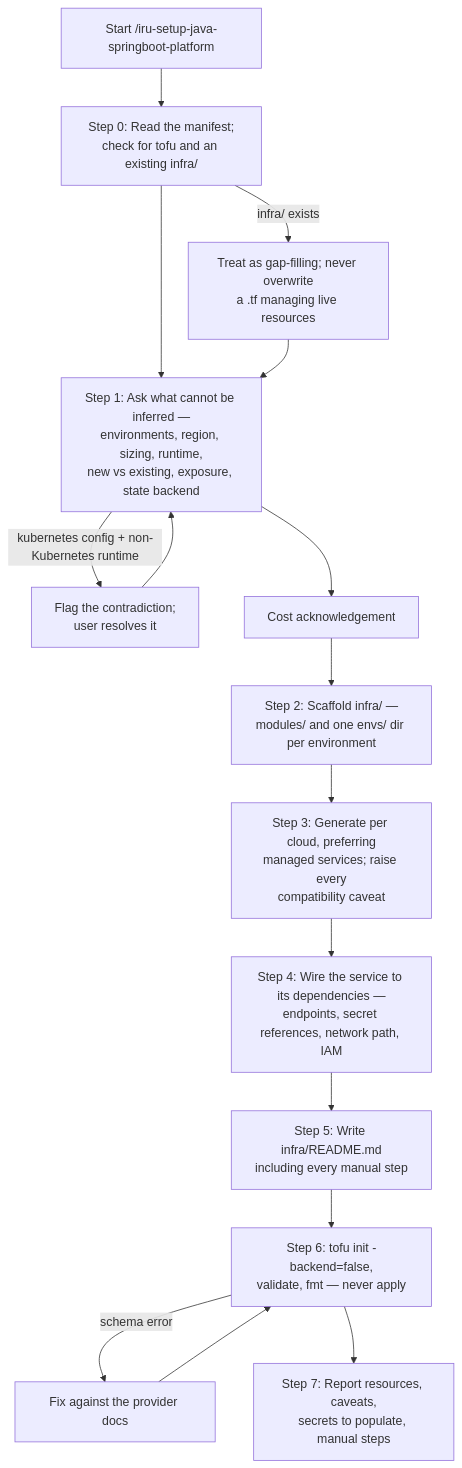
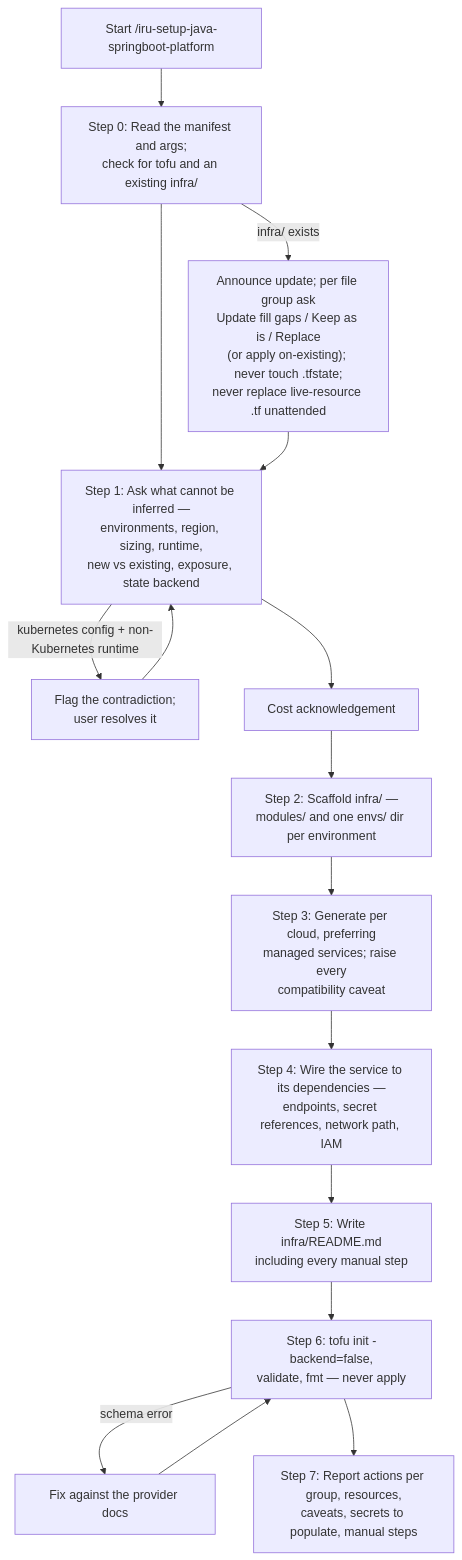
One commit to albertoirurueta/ai-catalog changed the diagram in docs/modules/ROOT/pages/skills/iru-setup-java-springboot-platform.adoc. Above: the diagram before and after it, drawn with Mermaid. The commit also changed other lines of this file and 87 other files, not shown here.

```diff
--- a/docs/modules/ROOT/pages/skills/iru-setup-java-springboot-platform.adoc
+++ b/docs/modules/ROOT/pages/skills/iru-setup-java-springboot-platform.adoc
@@ -126,19 +150,19 @@
 [mermaid]
 ....
 flowchart TD
-    A["Start /iru-setup-java-springboot-platform"] --> B["Step 0: Read the manifest;\ncheck for tofu and an existing infra/"]
-    B -- infra/ exists --> C["Treat as gap-filling; never overwrite\na .tf managing live resources"]
+    A["Start /iru-setup-java-springboot-platform"] --> B["Step 0: Read the manifest and args;\ncheck for tofu and an existing infra/"]
+    B -- infra/ exists --> C["Announce update; per file group ask\nUpdate fill gaps / Keep as is / Replace\n(or apply on-existing); never touch .tfstate;\nnever replace live-resource .tf unattended"]
     B --> D["Step 1: Ask what cannot be inferred —\nenvironments, region, sizing, runtime,\nnew vs existing, exposure, state backend"]
     C --> D
     D -- kubernetes config + non-Kubernetes runtime --> E["Flag the contradiction;\nuser resolves it"]
     E --> D
     D --> F["Cost acknowledgement"]
     F --> G["Step 2: Scaffold infra/ —\nmodules/ and one envs/ dir per environment"]
     G --> H["Step 3: Generate per cloud, preferring\nmanaged services; raise every\ncompatibility caveat"]
     H --> I["Step 4: Wire the service to its dependencies —\nendpoints, secret references, network path, IAM"]
     I --> J["Step 5: Write infra/README.md\nincluding every manual step"]
     J --> K["Step 6: tofu init -backend=false,\nvalidate, fmt — never apply"]
     K -- schema error --> L["Fix against the provider docs"]
     L --> K
-    K --> M["Step 7: Report resources, caveats,\nsecrets to populate, manual steps"]
+    K --> M["Step 7: Report actions per group, resources,\ncaveats, secrets to populate, manual steps"]
 ....
```
